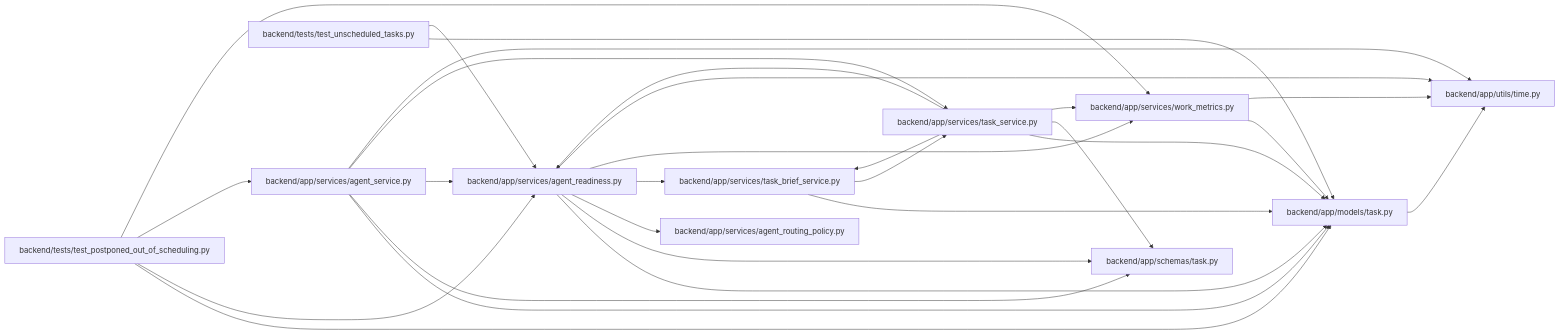
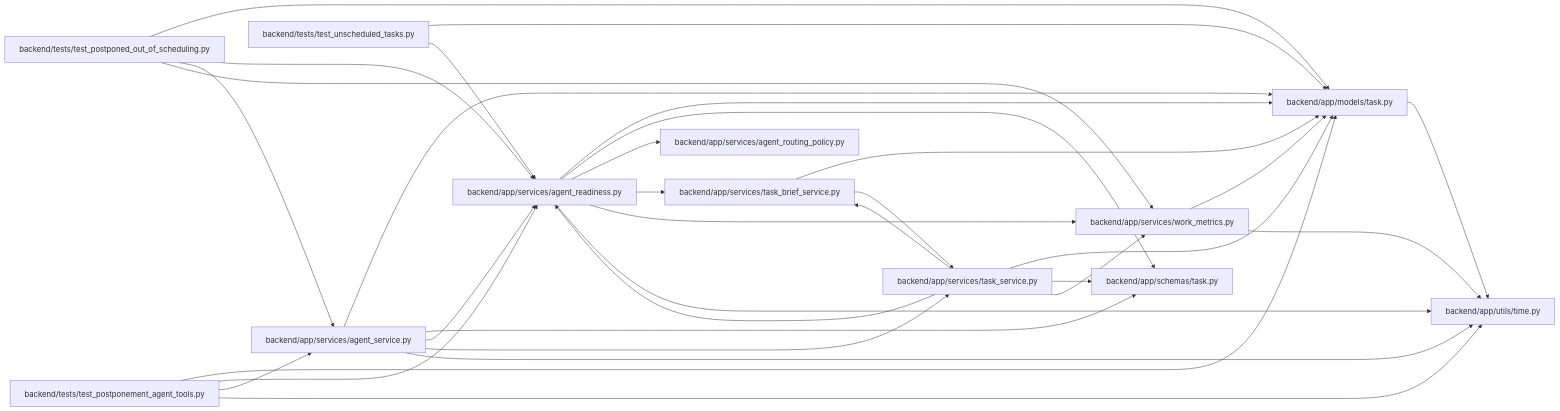
Before and after one commit to Denissvgn/WorkChord: the diagram in docs/llm_wiki/modules/agent_readiness.md, drawn with Mermaid. The commit also changed other lines of this file and 674 other files, not shown here.

Commit message:
Sync the architectural wiki for the postponement agent tools

````diff
--- a/docs/llm_wiki/modules/agent_readiness.md
+++ b/docs/llm_wiki/modules/agent_readiness.md
@@ -29,52 +29,58 @@
 ```mermaid
 flowchart LR
     n0["backend/app/models/task.py"]
     n1["backend/app/schemas/task.py"]
     n2["backend/app/services/agent_readiness.py"]
     n3["backend/app/services/agent_routing_policy.py"]
     n4["backend/app/services/agent_service.py"]
     n5["backend/app/services/task_brief_service.py"]
     n6["backend/app/services/task_service.py"]
     n7["backend/app/services/work_metrics.py"]
     n8["backend/app/utils/time.py"]
     n9["backend/tests/test_postponed_out_of_scheduling.py"]
-    n10["backend/tests/test_unscheduled_tasks.py"]
+    n10["backend/tests/test_postponement_agent_tools.py"]
+    n11["backend/tests/test_unscheduled_tasks.py"]
     n0 --> n8
     n2 --> n0
     n2 --> n1
     n2 --> n3
     n2 --> n5
     n2 --> n7
     n2 --> n8
     n4 --> n0
     n4 --> n1
     n4 --> n2
     n4 --> n6
     n4 --> n8
     n5 --> n0
     n5 --> n6
     n6 --> n0
     n6 --> n1
     n6 --> n2
     n6 --> n5
     n6 --> n7
     n7 --> n0
     n7 --> n8
     n9 --> n0
     n9 --> n2
     n9 --> n4
     n9 --> n7
     n10 --> n0
     n10 --> n2
+    n10 --> n4
+    n10 --> n8
+    n11 --> n0
+    n11 --> n2
     click n0 "../modules/models_task.md"
     click n1 "../modules/schemas_task.md"
     click n2 "../modules/agent_readiness.md"
     click n3 "../modules/agent_routing_policy.md"
     click n4 "../modules/agent_service.md"
     click n5 "../modules/task_brief_service.md"
     click n6 "../modules/task_service.md"
     click n7 "../modules/services_work_metrics.md"
     click n8 "../modules/time.md"
     click n9 "../modules/test_postponed_out_of_scheduling.md"
-    click n10 "../modules/test_unscheduled_tasks.md"
+    click n10 "../modules/test_postponement_agent_tools.md"
+    click n11 "../modules/test_unscheduled_tasks.md"
 ```
````
